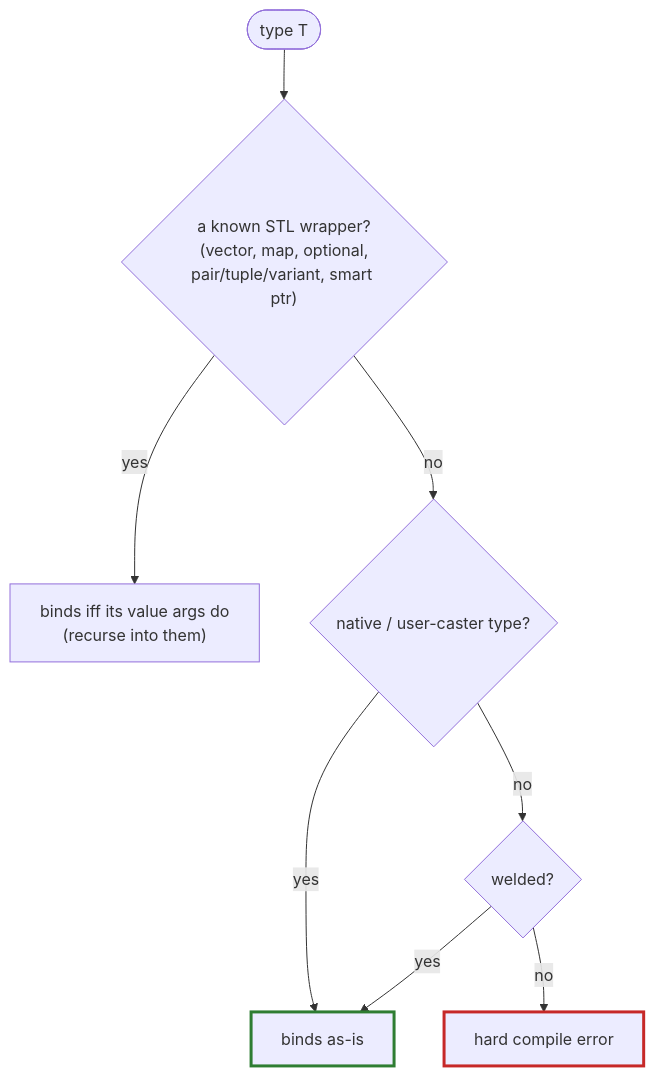
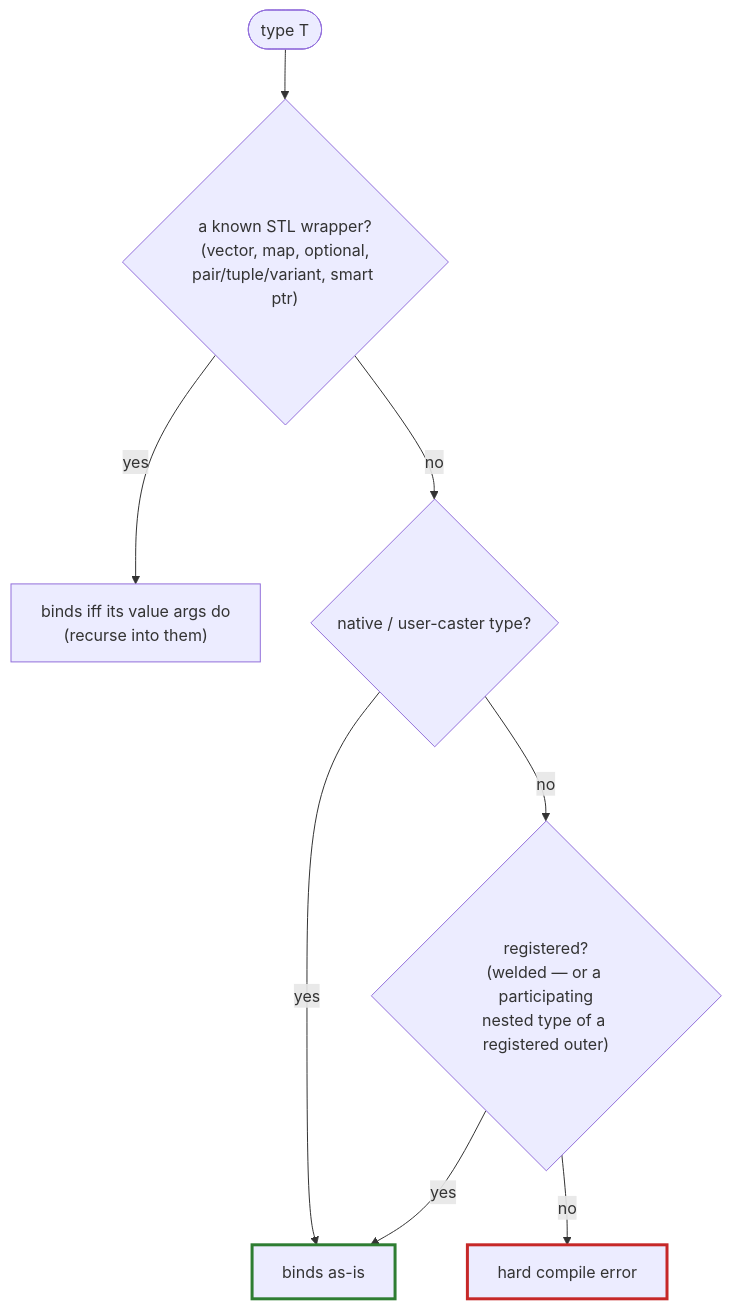
The diagram in docs/content/guide/bindability.md (skarndev/welder), drawn with Mermaid before and after one commit. The commit also changed other lines of this file and 34 other files, not shown here.

````diff
--- a/docs/content/guide/bindability.md
+++ b/docs/content/guide/bindability.md
@@ -36,12 +36,12 @@
 ```mermaid
 flowchart TD
     T([type T]) --> W{"a known STL wrapper?<br/>(vector, map, optional,<br/>pair/tuple/variant, smart ptr)"}
     W -- yes --> R["binds iff its value args do<br/>(recurse into them)"]
     W -- no --> C{"native / user-caster type?"}
     C -- yes --> OK[binds as-is]
-    C -- no --> N{"welded?"}
+    C -- no --> N{"registered?<br/>(welded — or a participating<br/>nested type of a registered outer)"}
     N -- yes --> OK
     N -- no --> ERR["hard compile error"]
     style OK stroke:#2e7d32,stroke-width:3px
     style ERR stroke:#c62828,stroke-width:3px
 ```
````
